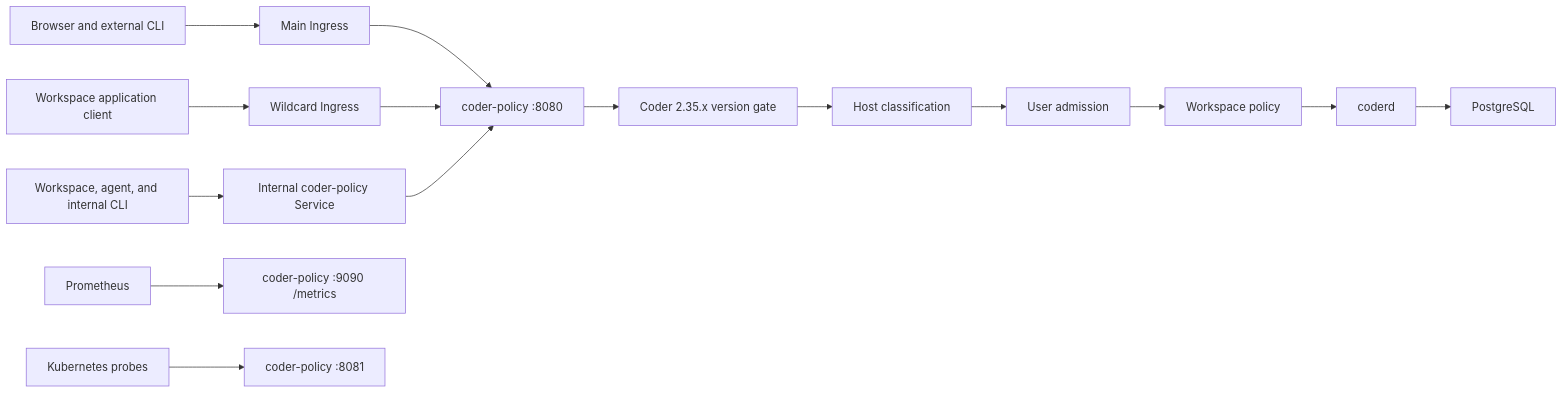
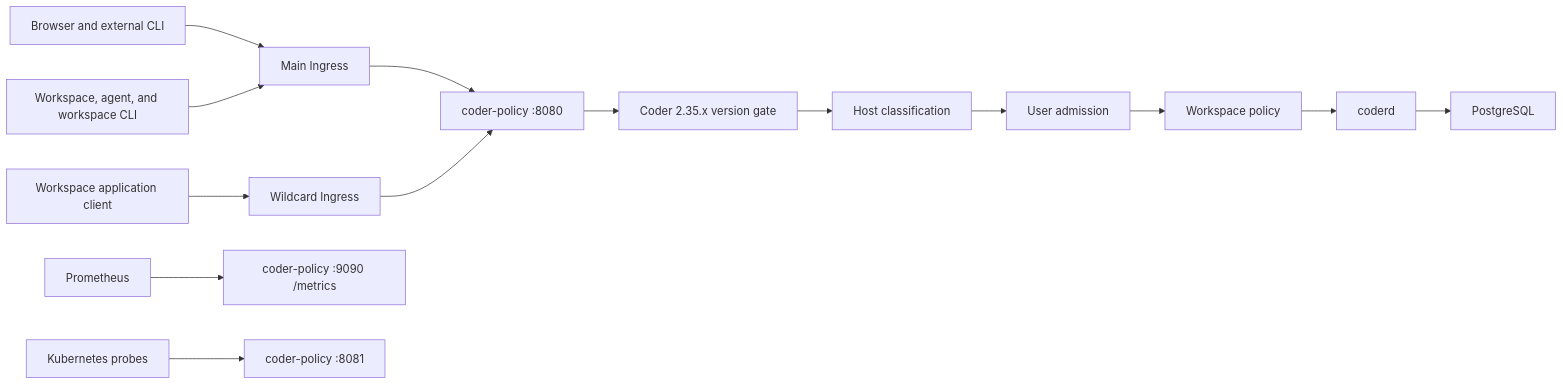
One commit to thomas-illiet/coder-rbac changed the first of 3 diagrams in docs/architecture.md. Above: the diagram before and after it, drawn with Mermaid. The commit also changed other lines of this file and 29 other files, not shown here.

````diff
--- a/docs/architecture.md
+++ b/docs/architecture.md
@@ -22,20 +22,19 @@
 ```mermaid
 flowchart LR
     Browser["Browser and external CLI"] --> MainIngress["Main Ingress"]
     AppClient["Workspace application client"] --> WildcardIngress["Wildcard Ingress"]
-    Workspace["Workspace, agent, and internal CLI"] --> InternalService["Internal coder-policy Service"]
+    Workspace["Workspace, agent, and workspace CLI"] --> MainIngress
 
     MainIngress --> Proxy["coder-policy :8080"]
     WildcardIngress --> Proxy
-    InternalService --> Proxy
 
     Proxy --> Gate["Coder 2.35.x version gate"]
     Gate --> Host["Host classification"]
     Host --> Admission["User admission"]
     Admission --> Policy["Workspace policy"]
     Policy --> Coder["coderd"]
     Coder --> Database["PostgreSQL"]
 
     Prometheus["Prometheus"] --> Metrics["coder-policy :9090 /metrics"]
     Kubernetes["Kubernetes probes"] --> Health["coder-policy :8081"]
 ```
````
